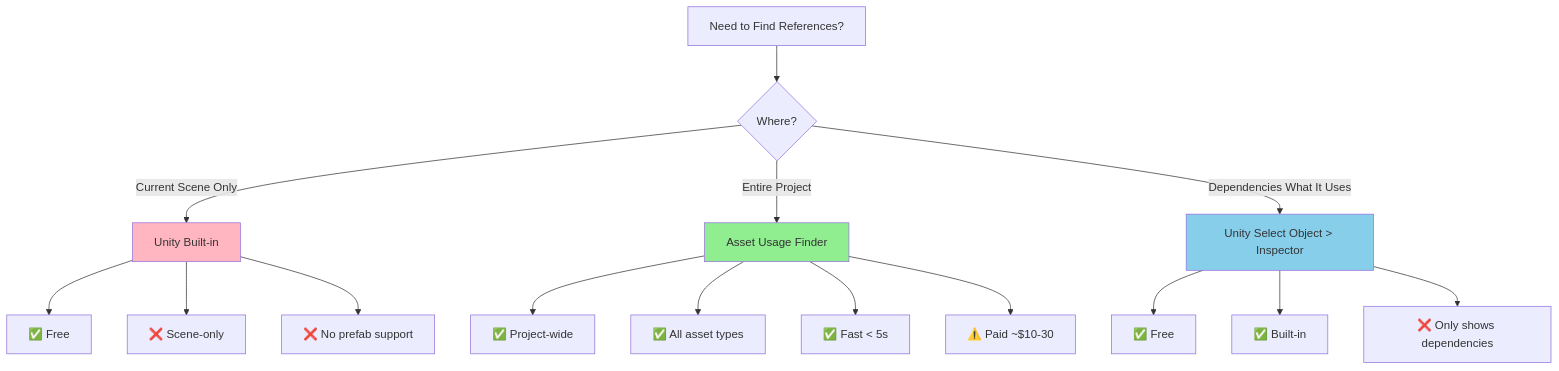
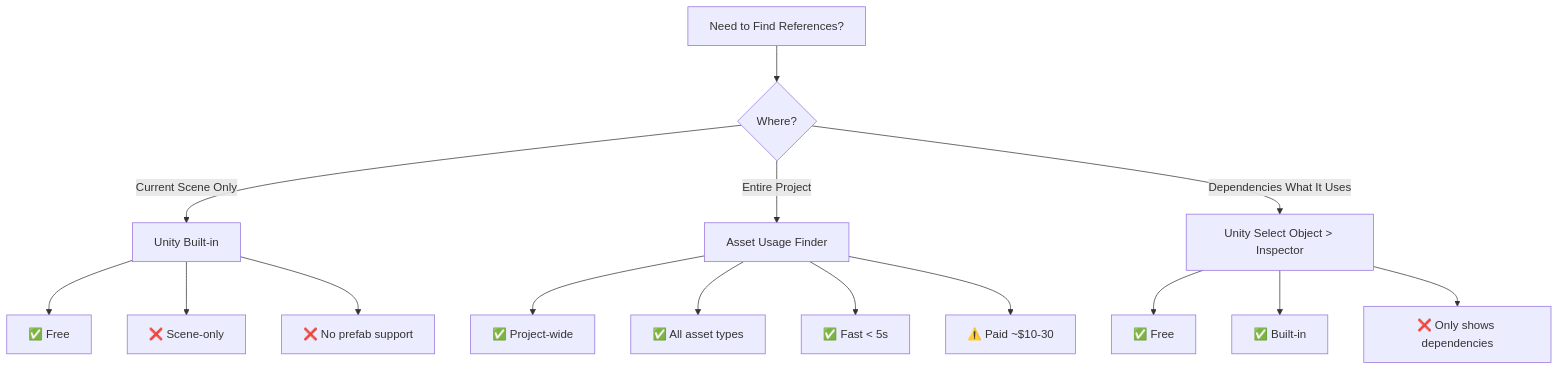
The diagram in docs/asset-usage-finder/README.md (wallstop/unity-tips), drawn with Mermaid before and after one commit. The commit also changed 27 other files, not shown here.

Commit message:
Convert ASCII diagrams to Mermaid format (#30)

````diff
--- a/docs/asset-usage-finder/README.md
+++ b/docs/asset-usage-finder/README.md
@@ -406,25 +406,22 @@
 ```mermaid
 graph TD
     A[Need to Find References?] --> B{Where?}
 
     B -->|Current Scene Only| C[Unity Built-in]
     B -->|Entire Project| D[Asset Usage Finder]
     B -->|Dependencies What It Uses| E[Unity Select Object > Inspector]
 
     C --> C1[✅ Free]
     C --> C2[❌ Scene-only]
     C --> C3[❌ No prefab support]
 
     D --> D1[✅ Project-wide]
     D --> D2[✅ All asset types]
     D --> D3[✅ Fast < 5s]
     D --> D4[⚠️ Paid ~$10-30]
 
     E --> E1[✅ Free]
     E --> E2[✅ Built-in]
     E --> E3[❌ Only shows dependencies]
 
-    style D fill:#90EE90
-    style C fill:#FFB6C1
-    style E fill:#87CEEB
 ```
````
